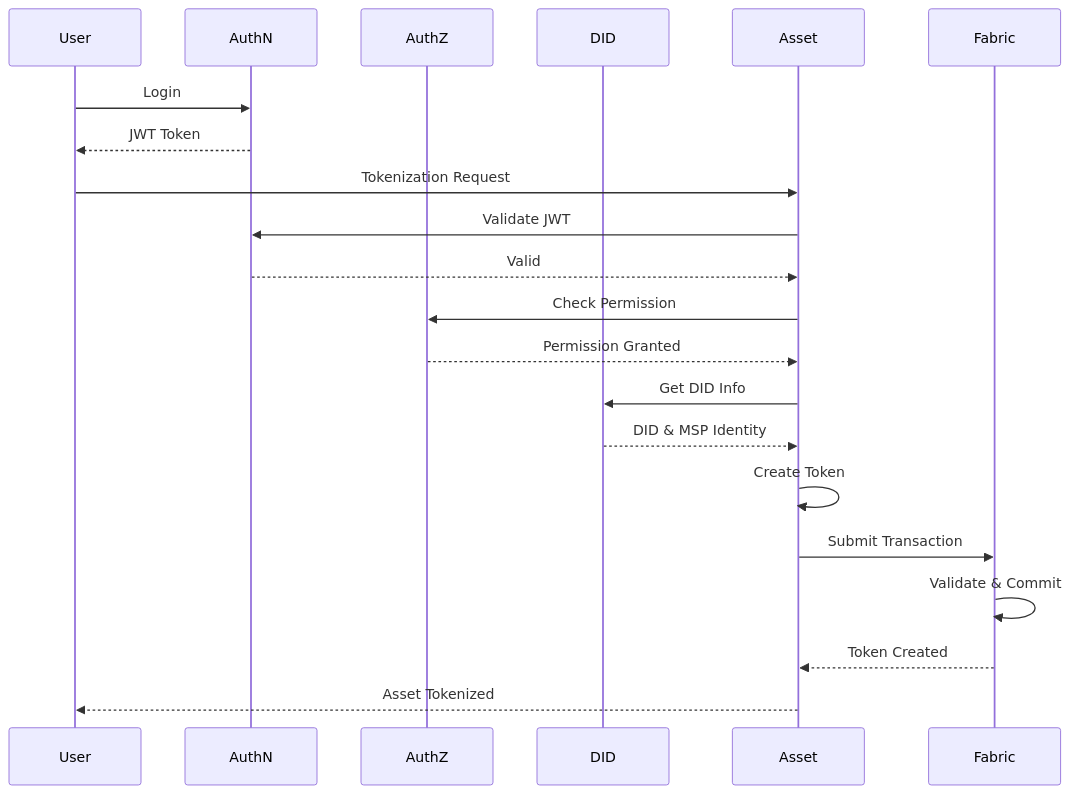
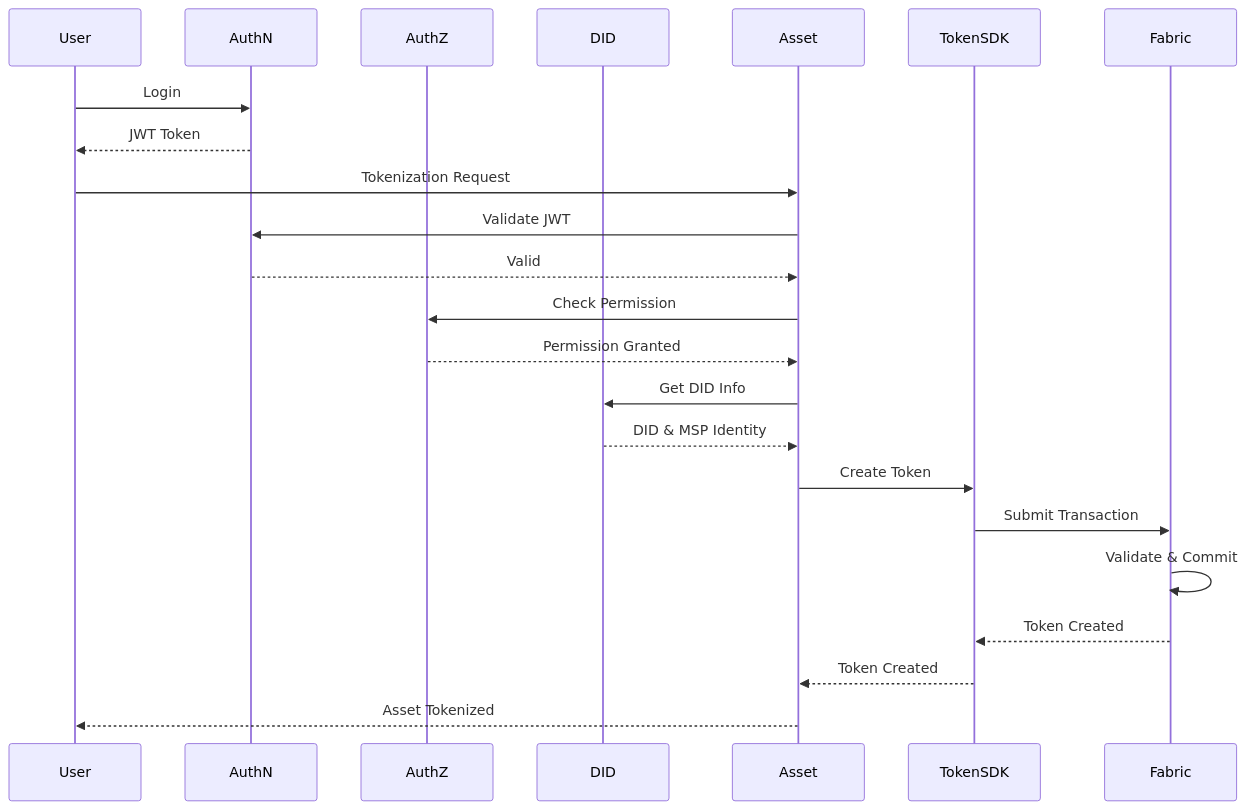
The second of 6 diagrams in docs/rd.en.md (metafi-blockchain/metafi-digital-assets-service), drawn with Mermaid before and after one commit. The commit also changed other lines of this file and 1 other file, not shown here.

````diff
--- a/docs/rd.en.md
+++ b/docs/rd.en.md
@@ -105,29 +116,31 @@
 ```mermaid
 sequenceDiagram
     participant User
     participant AuthN
     participant AuthZ
     participant DID
     participant Asset
+    participant TokenSDK
     participant Fabric
     
     User->>AuthN: Login
     AuthN-->>User: JWT Token
     
     User->>Asset: Tokenization Request
     Asset->>AuthN: Validate JWT
     AuthN-->>Asset: Valid
     
     Asset->>AuthZ: Check Permission
     AuthZ-->>Asset: Permission Granted
     
     Asset->>DID: Get DID Info
     DID-->>Asset: DID & MSP Identity
     
-    Asset->>Asset: Create Token
-    Asset->>Fabric: Submit Transaction
+    Asset->>TokenSDK: Create Token
+    TokenSDK->>Fabric: Submit Transaction
     Fabric->>Fabric: Validate & Commit
-    Fabric-->>Asset: Token Created
+    Fabric-->>TokenSDK: Token Created
+    TokenSDK-->>Asset: Token Created
     
     Asset-->>User: Asset Tokenized
 ```
````
